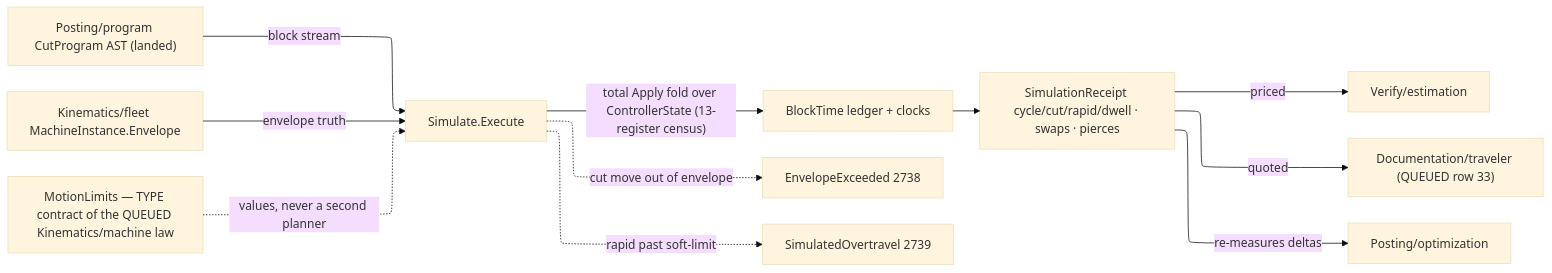
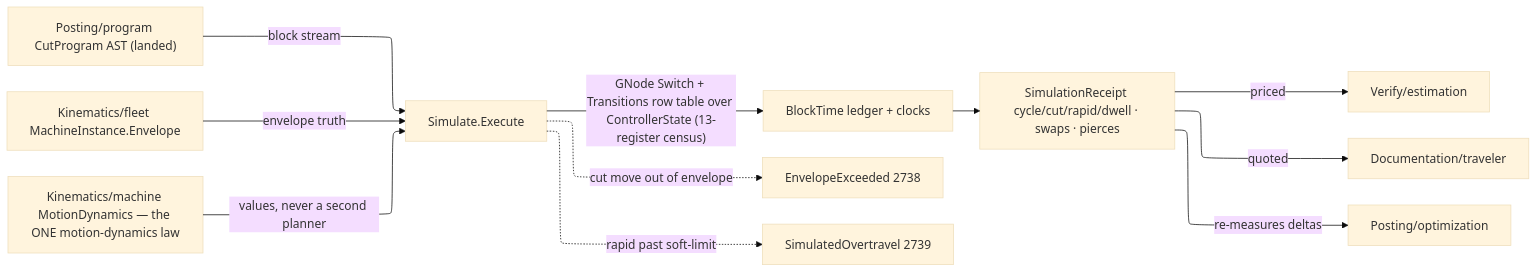
The diagram in libs/csharp/Rasm.Fabrication/.planning/Verify/simulate.md (bsamiee/Rasm), drawn with Mermaid before and after one commit. The commit also changed other lines of this file and 181 other files, not shown here.

````diff
--- a/libs/csharp/Rasm.Fabrication/.planning/Verify/simulate.md
+++ b/libs/csharp/Rasm.Fabrication/.planning/Verify/simulate.md
@@ -193,18 +264,18 @@
 ```mermaid
 ---
 config:
   layout: elk
   theme: base
 ---
 flowchart LR
     Program["Posting/program CutProgram AST (landed)"] -->|block stream| Execute["Simulate.Execute"]
     Fleet["Kinematics/fleet MachineInstance.Envelope"] -->|envelope truth| Execute
-    Limits["MotionLimits — TYPE contract of the QUEUED Kinematics/machine law"] -.->|values, never a second planner| Execute
-    Execute -->|"total Apply fold over ControllerState (13-register census)"| Ledger["BlockTime ledger + clocks"]
+    Limits["Kinematics/machine MotionDynamics — the ONE motion-dynamics law"] -->|values, never a second planner| Execute
+    Execute -->|"GNode Switch + Transitions row table over ControllerState (13-register census)"| Ledger["BlockTime ledger + clocks"]
     Ledger --> Receipt["SimulationReceipt cycle/cut/rapid/dwell · swaps · pierces"]
     Execute -.->|cut move out of envelope| E1["EnvelopeExceeded 2738"]
     Execute -.->|rapid past soft-limit| E2["SimulatedOvertravel 2739"]
     Receipt -->|priced| Estimation["Verify/estimation"]
-    Receipt -->|quoted| Traveler["Documentation/traveler (QUEUED row 33)"]
+    Receipt -->|quoted| Traveler["Documentation/traveler"]
     Receipt -->|re-measures deltas| Optimization["Posting/optimization"]
 ```
````
